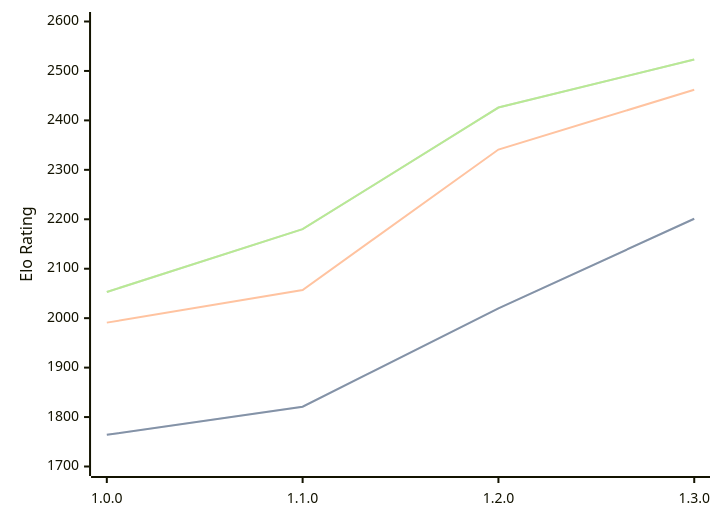
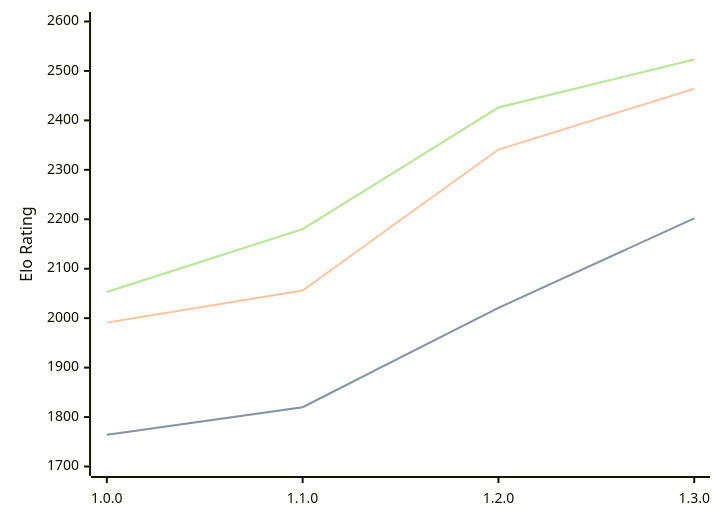
Before and after one commit to computer-chess-index/cci: the diagram in engines/Anodos.md, drawn with Mermaid. The commit also changed other lines of this file, not shown here.

````diff
--- a/engines/Anodos.md
+++ b/engines/Anodos.md
@@ -45,11 +45,11 @@
 ```mermaid
 %%{init: {"theme":"base","themeVariables":{"seriesColors:['#a3a3a3','#222221','#faa371']}}}%%
 xychart-beta
   x-axis ["1.0.0", "1.1.0", "1.2.0", "1.3.0"]
   y-axis "Elo Rating" 1700 --> 2600
-  line "STC (8.0+0.08s)" [1764, 1821, 2020, 2201]
-  line "STC (8.0+0.08s)" [1764, 1821, 2020, 2201]
-  line "LTC (60.0+0.60s)" [1991, 2057, 2341, 2462]
+  line "STC (8.0+0.08s)" [1764, 1820, 2021, 2202]
+  line "STC (8.0+0.08s)" [1764, 1820, 2021, 2202]
+  line "LTC (60.0+0.60s)" [1991, 2056, 2341, 2464]
   line "VLTC (2m24s+1.12s)" [2053, 2180, 2426, 2523]
   line "VLTC (2m24s+1.12s)" [2053, 2180, 2426, 2523]
 ```
````
